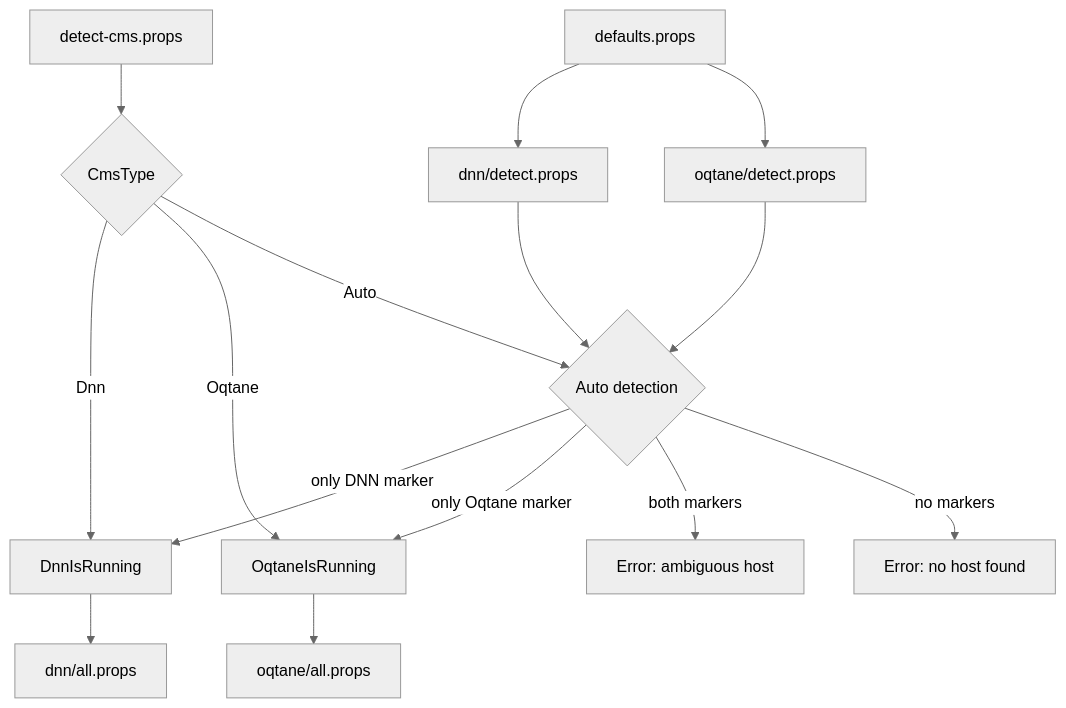
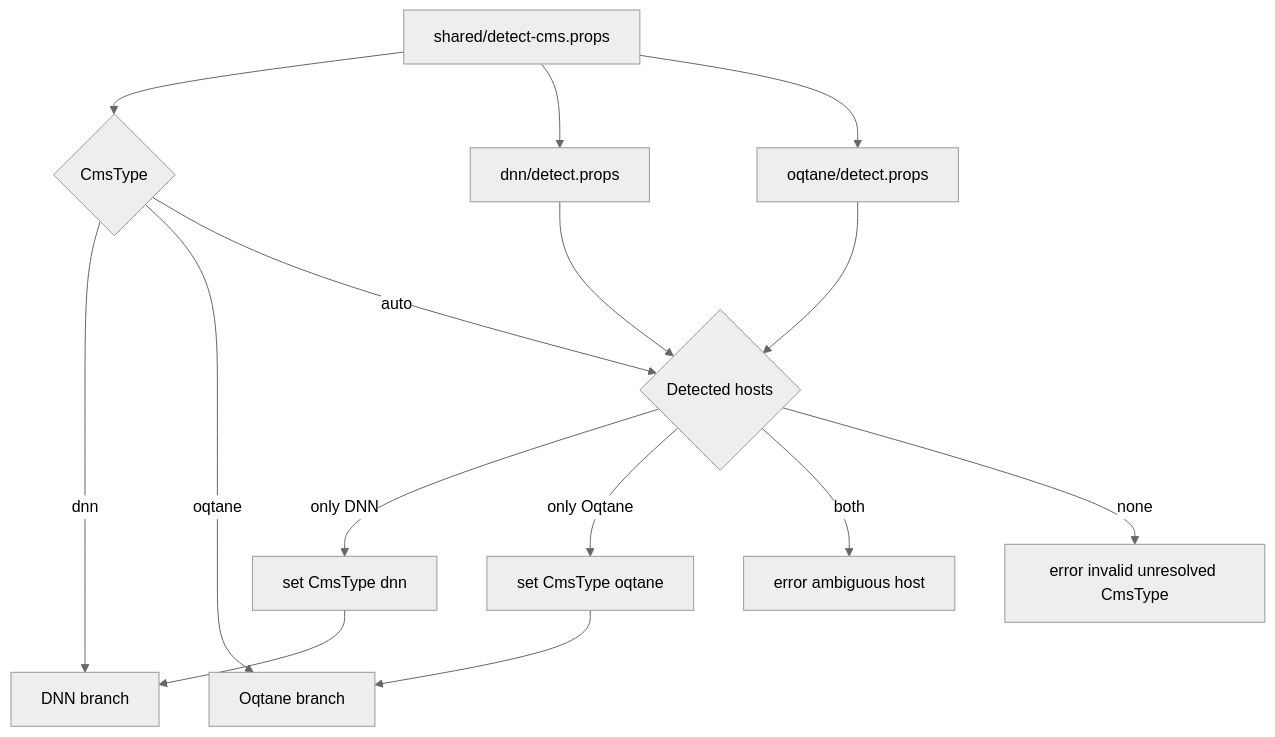
The second of 3 diagrams in readme.md (2sxc-apps/app-extension-dotnet-project), drawn with Mermaid (neutral theme) before and after one commit. The commit also changed other lines of this file, not shown here.

Commit message:
update readme for clarity on DNN version and improve prop file organization

````diff
--- a/readme.md
+++ b/readme.md
@@ -195,21 +209,21 @@
 ```mermaid
 flowchart TD
-    DEF[defaults.props] --> DNNDET[dnn/detect.props]
-    DEF --> OQTDET[oqtane/detect.props]
+    CMS[shared/detect-cms.props] --> MODE{CmsType}
+    CMS --> DNNDET[dnn/detect.props]
+    CMS --> OQTDET[oqtane/detect.props]
 
-    HOST[detect-cms.props] --> MODE{CmsType}
-    DNNDET --> AUTO{Auto detection}
+    MODE -->|dnn| DNN[DNN branch]
+    MODE -->|oqtane| OQT[Oqtane branch]
+    MODE -->|auto| AUTO{Detected hosts}
+
+    DNNDET --> AUTO
     OQTDET --> AUTO
 
-    MODE -->|Dnn| RD[DnnIsRunning]
-    MODE -->|Oqtane| RO[OqtaneIsRunning]
-    MODE -->|Auto| AUTO
+    AUTO -->|only DNN| SETDNN[set CmsType dnn]
+    AUTO -->|only Oqtane| SETOQT[set CmsType oqtane]
+    AUTO -->|both| E1[error ambiguous host]
+    AUTO -->|none| E2[error invalid unresolved CmsType]
 
-    AUTO -->|only DNN marker| RD
-    AUTO -->|only Oqtane marker| RO
-    AUTO -->|both markers| E1[Error: ambiguous host]
-    AUTO -->|no markers| E2[Error: no host found]
-
-    RD --> DNN[dnn/all.props]
-    RO --> OQT[oqtane/all.props]
+    SETDNN --> DNN
+    SETOQT --> OQT
 ```
````
